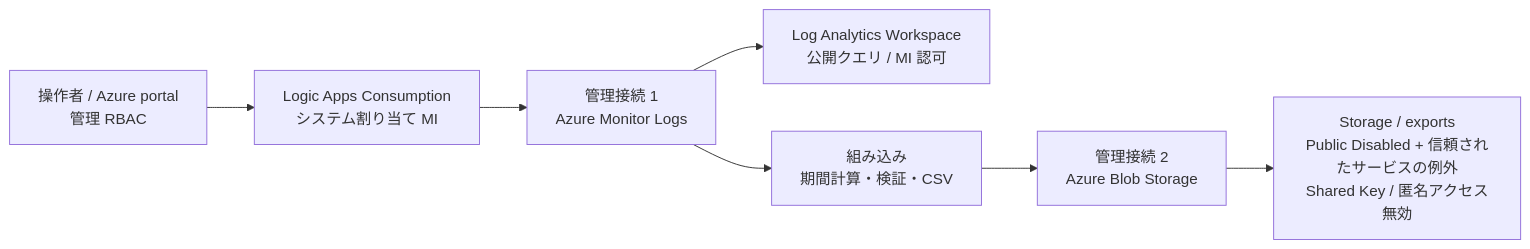
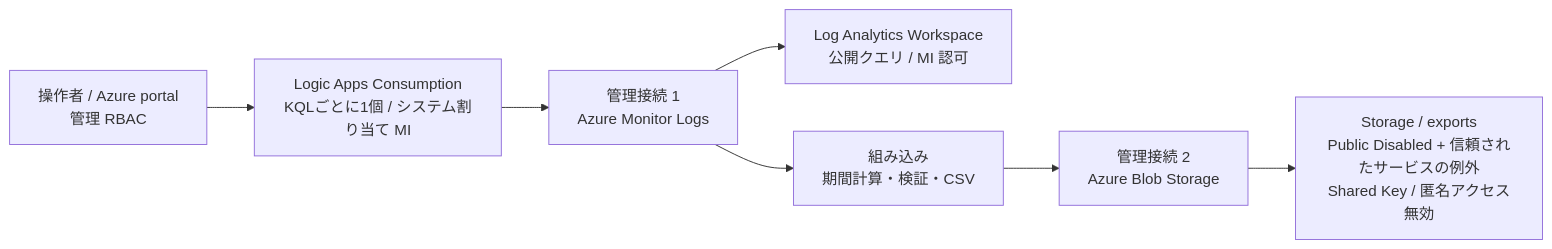
The diagram in customer/README.md (NakayamaKento/law-monthly-export-poc), drawn with Mermaid before and after one commit. The commit also changed other lines of this file and 18 other files, not shown here.

````diff
--- a/customer/README.md
+++ b/customer/README.md
@@ -34,13 +34,13 @@
 ```mermaid
 flowchart LR
   Operator["操作者 / Azure portal<br/>管理 RBAC"]
-  App["Logic Apps Consumption<br/>システム割り当て MI"]
+  App["Logic Apps Consumption<br/>KQLごとに1個 / システム割り当て MI"]
   Monitor["管理接続 1<br/>Azure Monitor Logs"]
   LAW["Log Analytics Workspace<br/>公開クエリ / MI 認可"]
   Transform["組み込み<br/>期間計算・検証・CSV"]
   Blob["管理接続 2<br/>Azure Blob Storage"]
   Storage["Storage / exports<br/>Public Disabled + 信頼されたサービスの例外<br/>Shared Key / 匿名アクセス無効"]
   Operator --> App
   App --> Monitor --> LAW
   Monitor --> Transform --> Blob --> Storage
 ```
````
